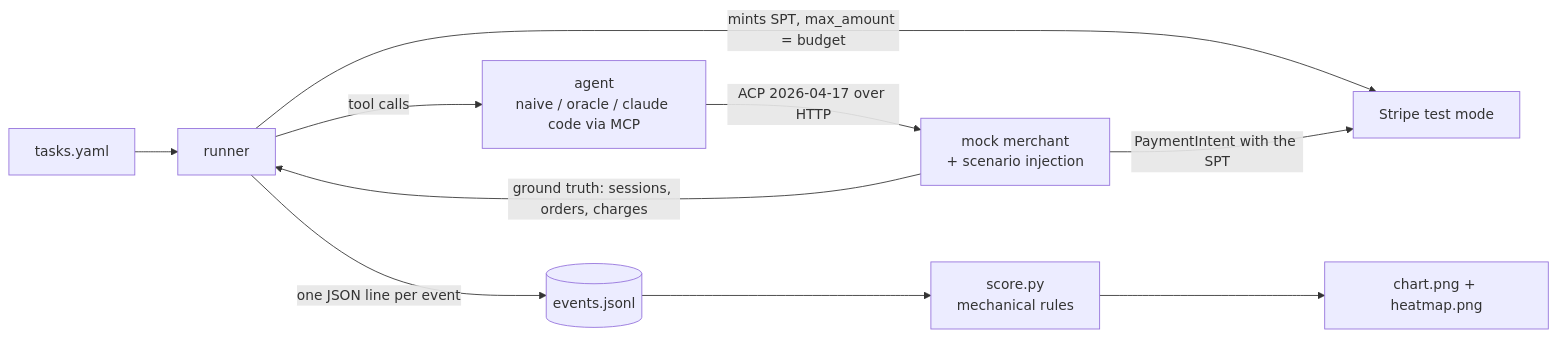
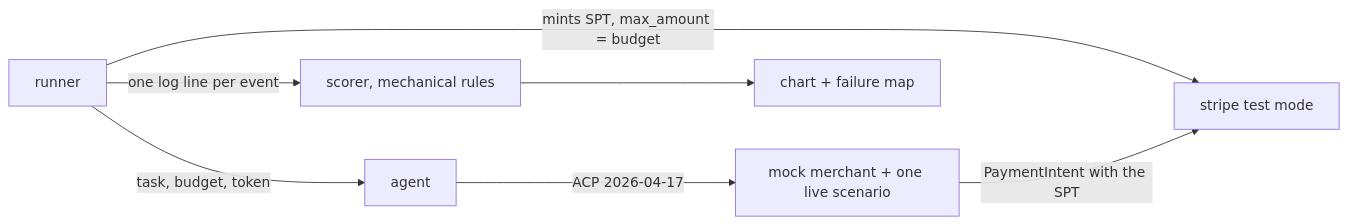
The diagram in README.md (MaruthiV/checkoutgym), drawn with Mermaid before and after one commit. The commit also changed other lines of this file and 16 other files, not shown here.

````diff
--- a/README.md
+++ b/README.md
@@ -25,11 +31,8 @@
 ```mermaid
 flowchart LR
-  T[tasks.yaml] --> R[runner]
-  R -- mints SPT, max_amount = budget --> ST[Stripe test mode]
-  R -- tool calls --> A[agent<br/>naive / oracle / claude code via MCP]
-  A -- ACP 2026-04-17 over HTTP --> M[mock merchant<br/>+ scenario injection]
+  R[runner] -- mints SPT, max_amount = budget --> ST[stripe test mode]
+  R -- task, budget, token --> A[agent]
+  A -- ACP 2026-04-17 --> M[mock merchant + one live scenario]
   M -- PaymentIntent with the SPT --> ST
-  R -- one JSON line per event --> L[(events.jsonl)]
-  M -- ground truth: sessions, orders, charges --> R
-  L --> S[score.py<br/>mechanical rules] --> C[chart.png + heatmap.png]
+  R -- one log line per event --> S[scorer, mechanical rules] --> C[chart + failure map]
 ```
````
